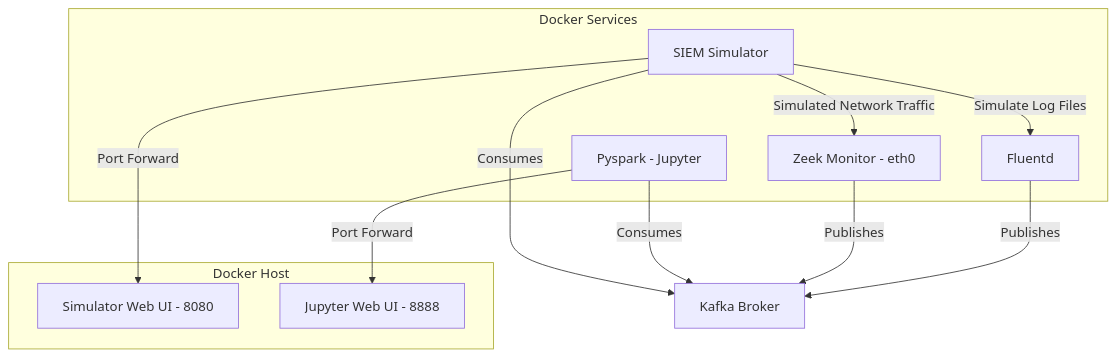
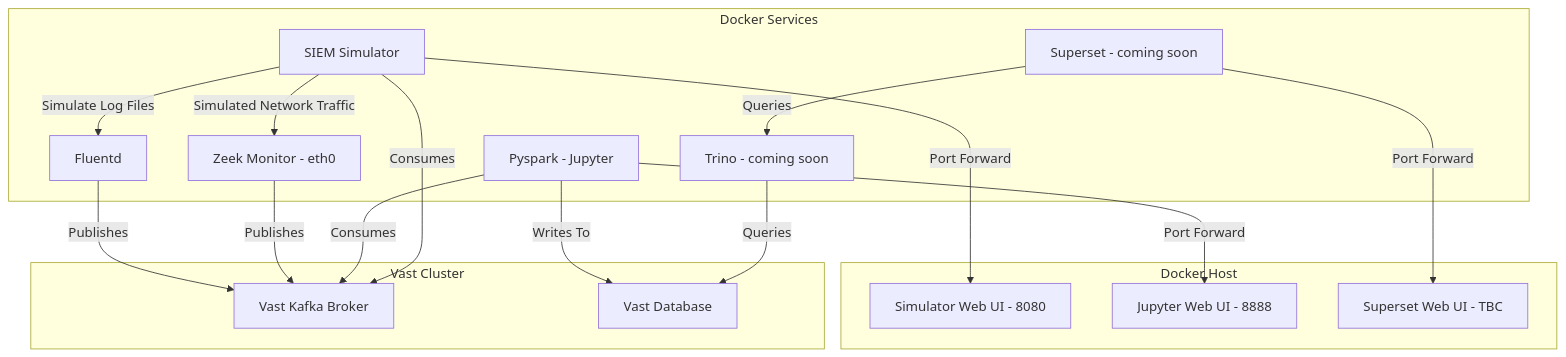
Before and after one commit to snowch/vastdata_siem_demo: the diagram in README.md, drawn with Mermaid.

````diff
--- a/README.md
+++ b/README.md
@@ -13,26 +13,37 @@
 ```mermaid
 graph TD
     subgraph "Docker Services"
         Z[Zeek Monitor - eth0]
         S[SIEM Simulator]
         F[Fluentd]
         J[Pyspark - Jupyter]
+        T[Trino - coming soon]
+        AS[Superset - coming soon]
 
         S -- Simulate Log Files --> F
         S -- Simulated Network Traffic --> Z
+        AS -- Queries --> T
     end
 
     subgraph "Docker Host"
         SW[Simulator Web UI - 8080]
         JW[Jupyter Web UI - 8888]
+        ASW[Superset Web UI - TBC]
     end
 
-    K[Kafka Broker]
+    subgraph "Vast Cluster"
+        K[Vast Kafka Broker]
+        VDB[Vast Database]
+    end
 
     S -- Port Forward --> SW
     J -- Port Forward --> JW
+    AS -- Port Forward --> ASW
+
     F -- Publishes --> K
     Z -- Publishes --> K
     J -- Consumes --> K
     S -- Consumes --> K
+    J -- Writes To --> VDB
+    T -- Queries --> VDB
 ```
````
